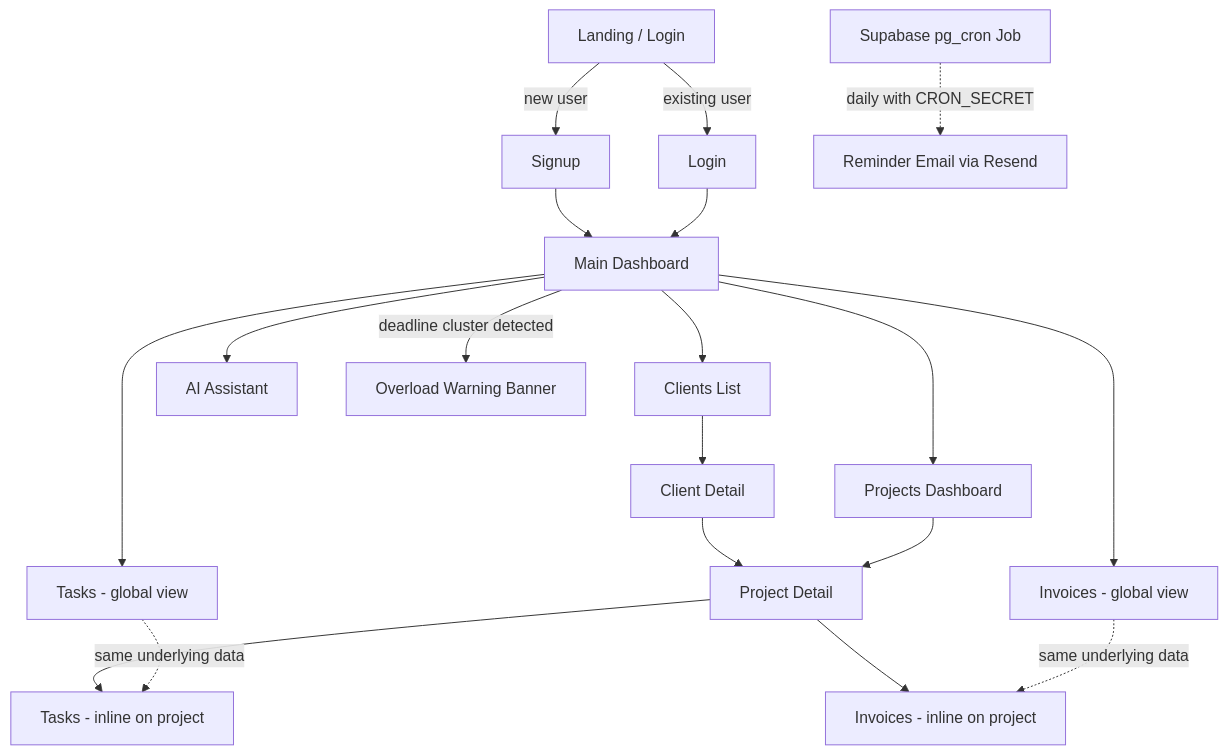
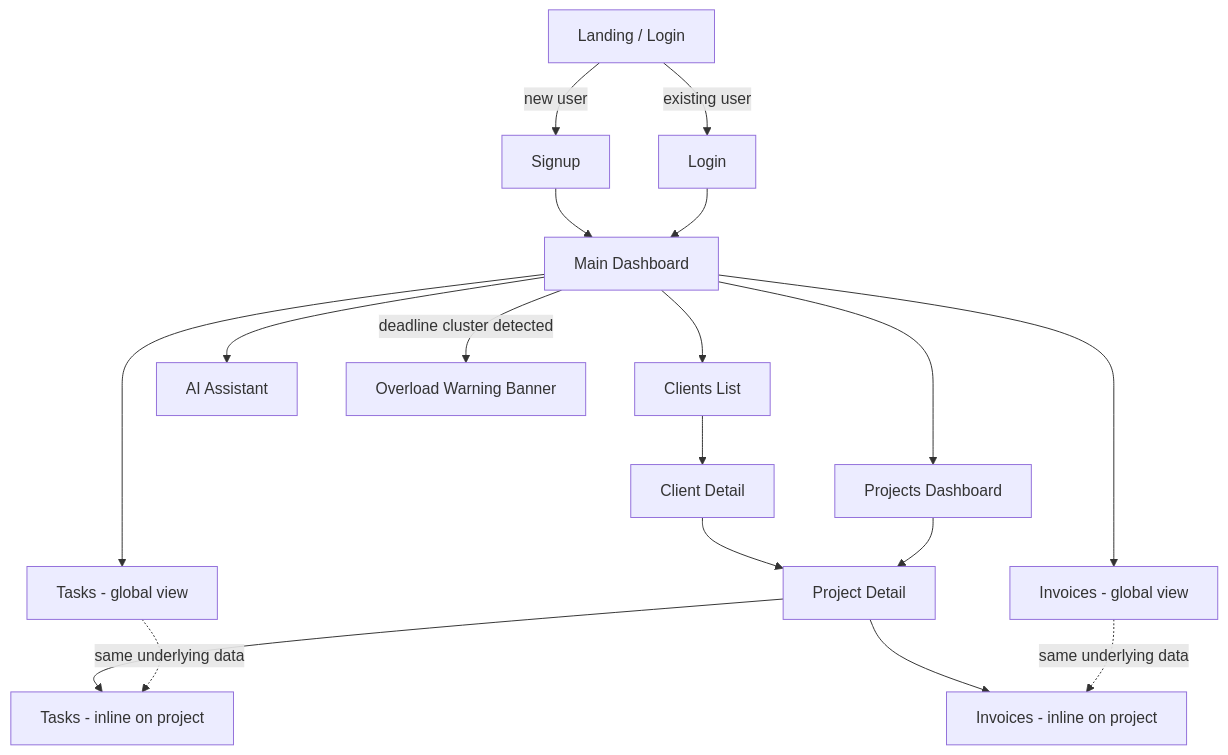
One commit to Krish2905-cell/WORKLEDGER changed the diagram in documents/AppFlow.md. Above: the diagram before and after it, drawn with Mermaid. The commit also changed other lines of this file, not shown here.

````diff
--- a/documents/AppFlow.md
+++ b/documents/AppFlow.md
@@ -7,21 +7,20 @@
 ```mermaid
 flowchart TD
     A[Landing / Login] -->|new user| B[Signup]
     A -->|existing user| C[Login]
     B --> D[Main Dashboard]
     C --> D[Main Dashboard]
     D --> E[Clients List]
     D --> F[Projects Dashboard]
     D --> T[Tasks - global view]
     D --> V[Invoices - global view]
     D --> G[AI Assistant]
     E --> E1[Client Detail]
     E1 --> F1[Project Detail]
     F --> F1[Project Detail]
     F1 --> H[Tasks - inline on project]
     F1 --> I[Invoices - inline on project]
     T -.->|same underlying data| H
     V -.->|same underlying data| I
     D -->|deadline cluster detected| J[Overload Warning Banner]
-    K[Supabase pg_cron Job] -.->|daily with CRON_SECRET| L[Reminder Email via Resend]
 ```
````
